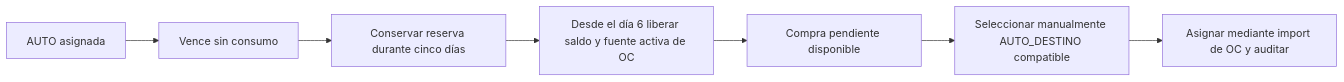
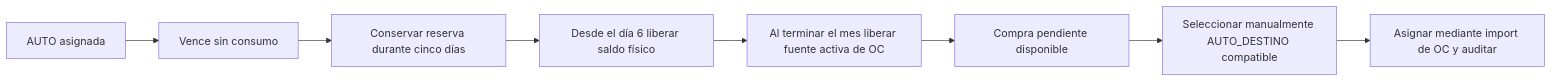
Before and after one commit to andresalvarezb/mtd-olp-medicarte: the second of 3 diagrams in docs/adr/043-authorization-order-receipt-fulfillment-reassignment.md, drawn with Mermaid. The commit also changed other lines of this file and 15 other files, not shown here.

````diff
--- a/docs/adr/043-authorization-order-receipt-fulfillment-reassignment.md
+++ b/docs/adr/043-authorization-order-receipt-fulfillment-reassignment.md
@@ -29,9 +29,10 @@
 ```mermaid
 flowchart LR
    A[AUTO asignada] --> B[Vence sin consumo]
    B --> C[Conservar reserva durante cinco días]
-   C --> D[Desde el día 6 liberar saldo y fuente activa de OC]
-   D --> E[Compra pendiente disponible]
-   E --> F[Seleccionar manualmente AUTO_DESTINO compatible]
+   C --> D[Desde el día 6 liberar saldo físico]
+   D --> E[Al terminar el mes liberar fuente activa de OC]
+   E --> H[Compra pendiente disponible]
+   H --> F[Seleccionar manualmente AUTO_DESTINO compatible]
    F --> G[Asignar mediante import de OC y auditar]
 ```
````
